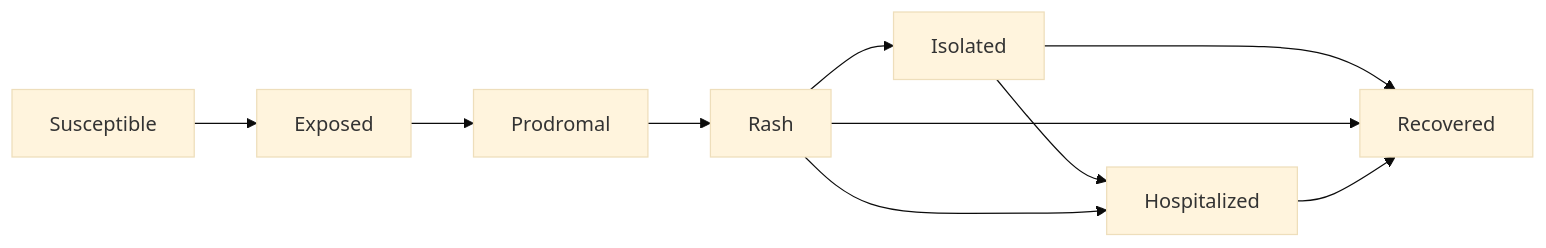
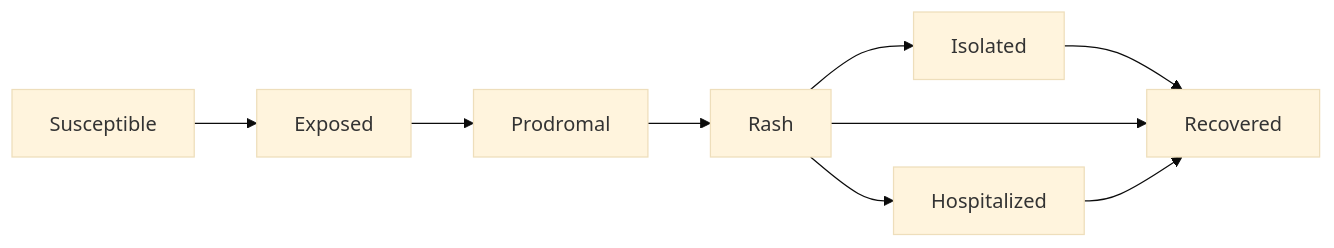
Before and after one commit to EpiForeSITE/epiworld-measles: the first of 2 diagrams in README.md, drawn with Mermaid (base theme).

````diff
--- a/README.md
+++ b/README.md
@@ -24,12 +24,11 @@
 ``` mermaid
 flowchart LR
   Susceptible --> Exposed
   Exposed --> Prodromal
   Prodromal --> Rash
   Rash --> Isolated
-  Isolated --> Hospitalized
   Isolated --> Recovered
   Rash --> Hospitalized
   Rash --> Recovered
   Hospitalized --> Recovered
 ```
````
